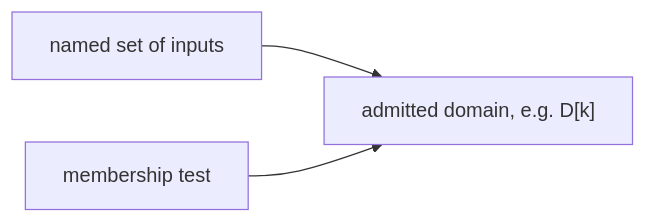
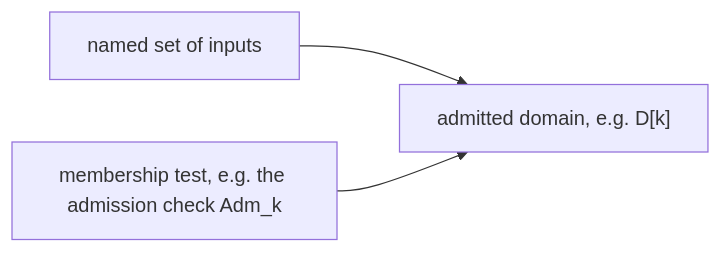
The diagram in docs/progress/1.0/glossary/diagrams/admitted-domain.mmd (KonomiYuzu01/Magic-600-Cell), drawn with Mermaid before and after one commit. The commit also changed 40 other files, not shown here.

```diff
--- a/docs/progress/1.0/glossary/diagrams/admitted-domain.mmd
+++ b/docs/progress/1.0/glossary/diagrams/admitted-domain.mmd
@@ -1,3 +1,3 @@
 flowchart LR
   S[named set of inputs] --> A["admitted domain, e.g. D[k]"]
-  T[membership test] --> A
+  T["membership test, e.g. the admission check Adm_k"] --> A
```
